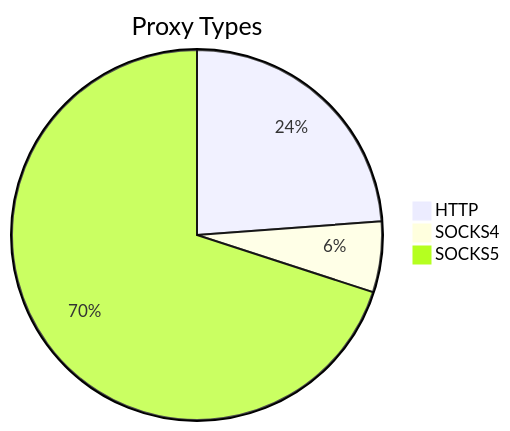
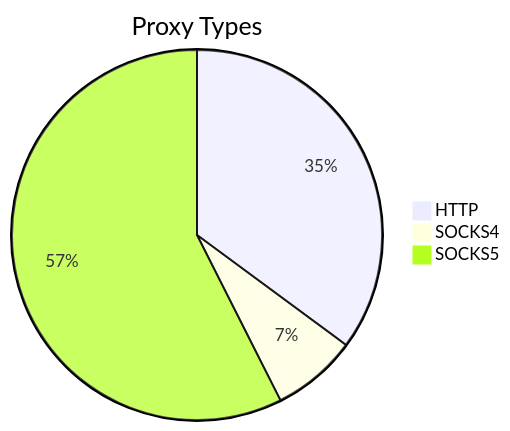
The first of 2 diagrams in README.md (stormsia/proxy-list), drawn with Mermaid before and after one commit. The commit also changed other lines of this file, not shown here.

````diff
--- a/README.md
+++ b/README.md
@@ -21,6 +21,6 @@
 ```mermaid
 pie title Proxy Types
-    "HTTP" : 81
-    "SOCKS4" : 21
-    "SOCKS5" : 238
+    "HTTP" : 118
+    "SOCKS4" : 25
+    "SOCKS5" : 193
 ```
````
